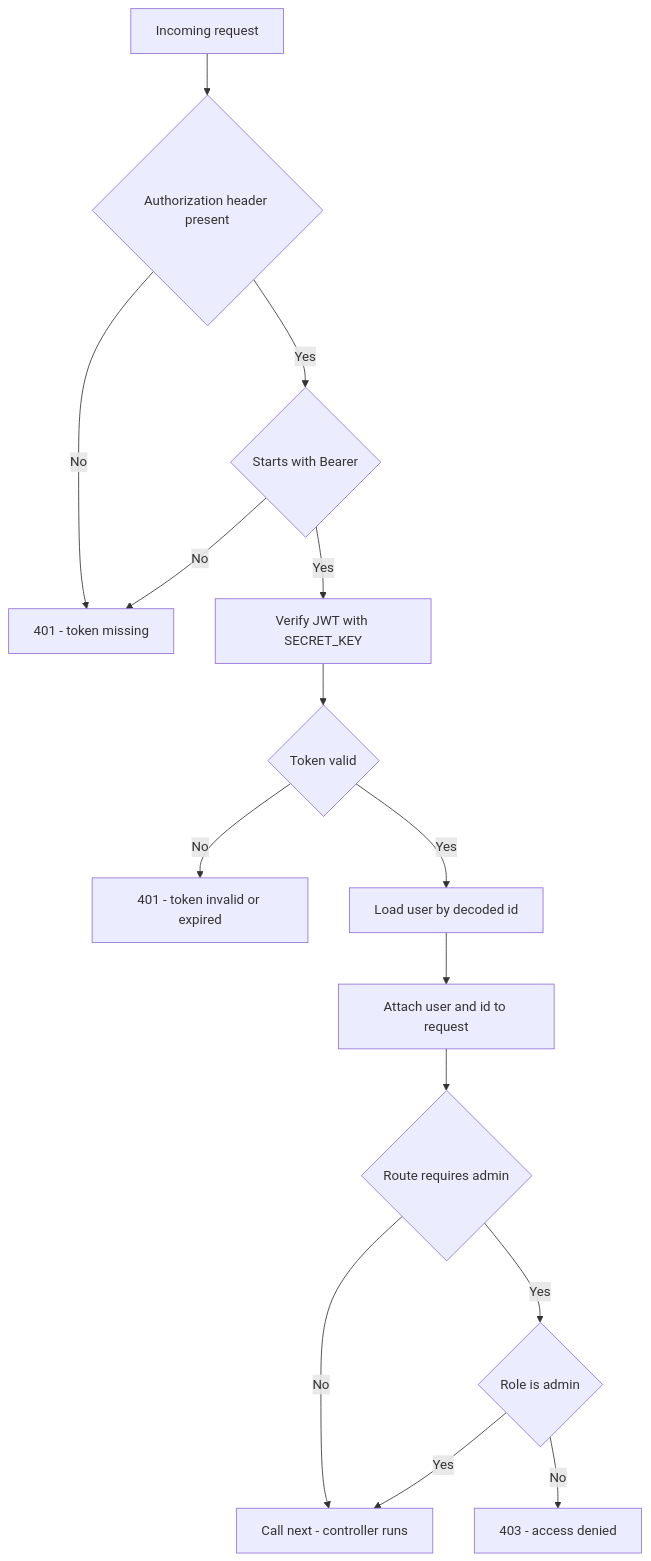
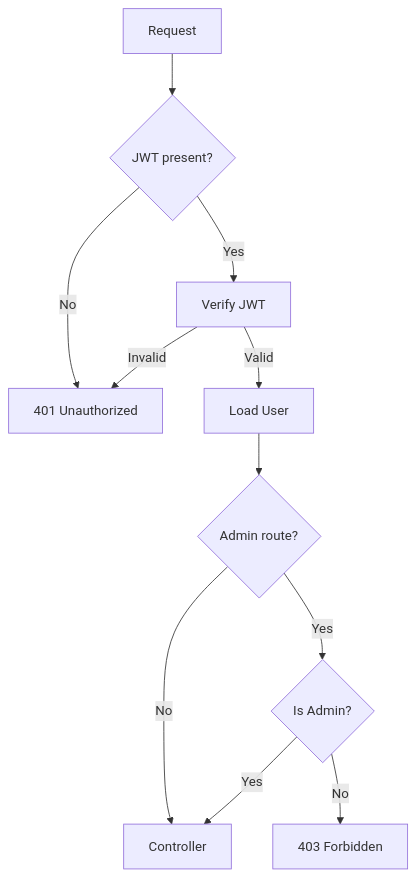
Before and after one commit to sandhya144/Zeptronics: the third of 5 diagrams in README.md, drawn with Mermaid. The commit also changed other lines of this file, not shown here.

````diff
--- a/README.md
+++ b/README.md
@@ -176,17 +197,13 @@
 ```mermaid
 flowchart TD
-    A[Incoming request] --> B{Authorization header present}
-    B -- No --> C[401 - token missing]
-    B -- Yes --> D{Starts with Bearer}
-    D -- No --> C
-    D -- Yes --> E[Verify JWT with SECRET_KEY]
-    E --> F{Token valid}
-    F -- No --> G[401 - token invalid or expired]
-    F -- Yes --> H[Load user by decoded id]
-    H --> I[Attach user and id to request]
-    I --> J{Route requires admin}
-    J -- No --> K[Call next - controller runs]
-    J -- Yes --> L{Role is admin}
-    L -- No --> M[403 - access denied]
-    L -- Yes --> K
+    A[Request] --> B{JWT present?}
+    B -- No --> C[401 Unauthorized]
+    B -- Yes --> D[Verify JWT]
+    D -- Invalid --> C
+    D -- Valid --> E[Load User]
+    E --> F{Admin route?}
+    F -- No --> G[Controller]
+    F -- Yes --> H{Is Admin?}
+    H -- No --> I[403 Forbidden]
+    H -- Yes --> G
 ```
````
